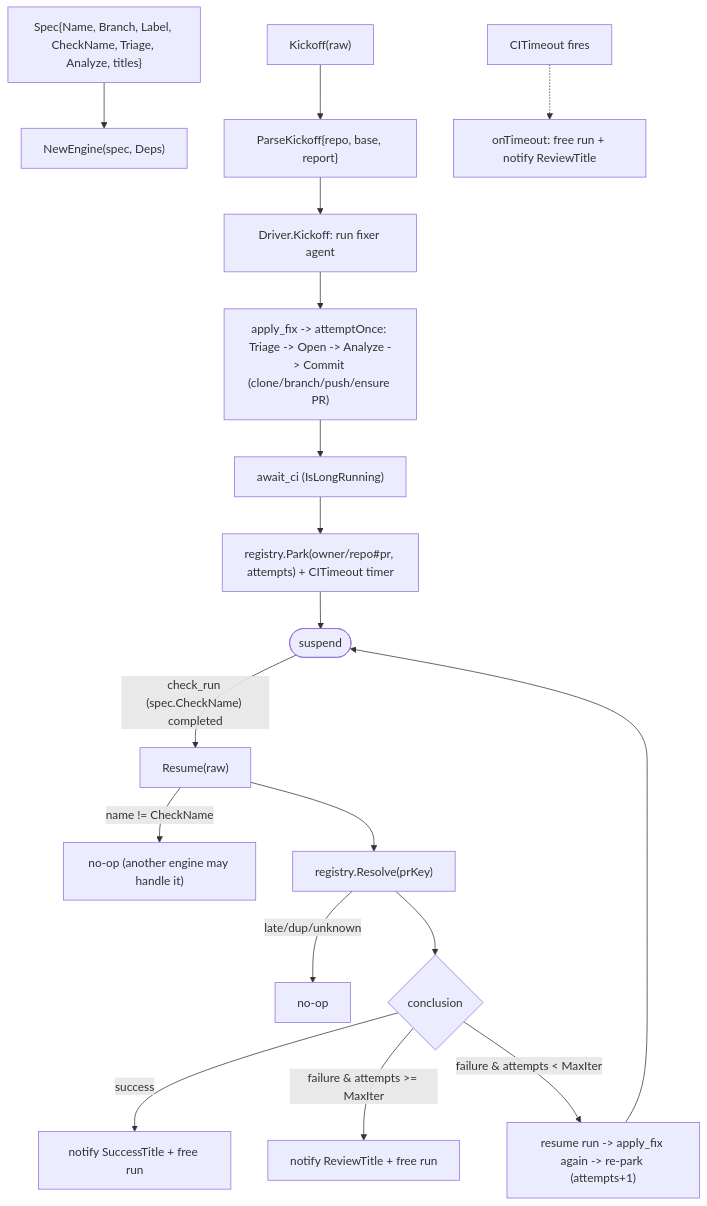
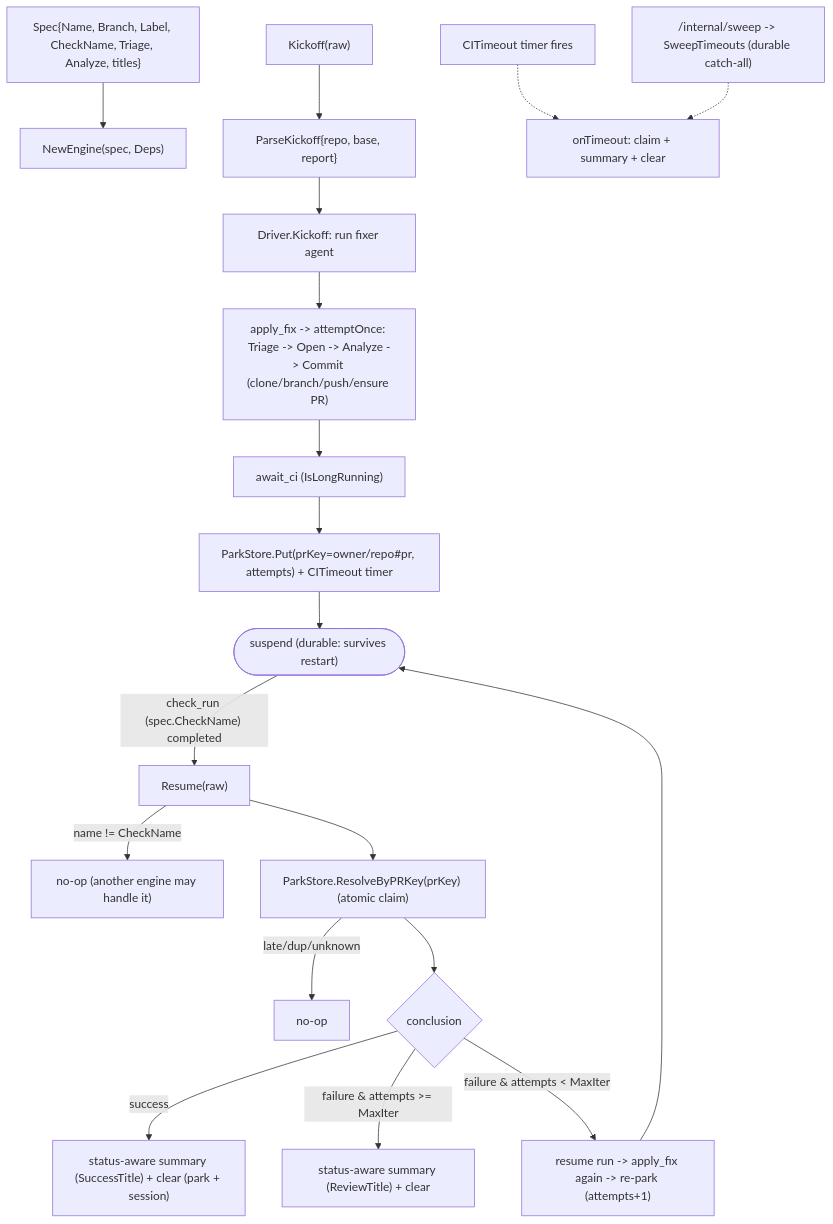
Before and after one commit to jkjamies/automation-agent: the diagram in go/internal/agent/fixflow/AGENTS.md, drawn with Mermaid. The commit also changed other lines of this file and 88 other files, not shown here.

````diff
--- a/go/internal/agent/fixflow/AGENTS.md
+++ b/go/internal/agent/fixflow/AGENTS.md
@@ -23,21 +31,22 @@
 ```mermaid
 flowchart TD
     Spec["Spec{Name, Branch, Label, CheckName, Triage, Analyze, titles}"] --> E["NewEngine(spec, Deps)"]
     K["Kickoff(raw)"] --> KP["ParseKickoff{repo, base, report}"]
     KP --> DK["Driver.Kickoff: run fixer agent"]
     DK --> AF["apply_fix -> attemptOnce: Triage -> Open -> Analyze -> Commit (clone/branch/push/ensure PR)"]
     AF --> AW["await_ci (IsLongRunning)"]
-    AW --> PK["registry.Park(owner/repo#pr, attempts) + CITimeout timer"]
-    PK --> SUS(["suspend"])
+    AW --> PK["ParkStore.Put(prKey=owner/repo#pr, attempts) + CITimeout timer"]
+    PK --> SUS(["suspend (durable: survives restart)"])
 
     SUS -->|"check_run (spec.CheckName) completed"| R["Resume(raw)"]
     R -->|"name != CheckName"| NO["no-op (another engine may handle it)"]
-    R --> RES["registry.Resolve(prKey)"]
+    R --> RES["ParkStore.ResolveByPRKey(prKey) (atomic claim)"]
     RES -->|"late/dup/unknown"| NO2["no-op"]
     RES --> C{conclusion}
-    C -->|success| OK["notify SuccessTitle + free run"]
-    C -->|failure & attempts >= MaxIter| HRV["notify ReviewTitle + free run"]
+    C -->|success| OK["status-aware summary (SuccessTitle) + clear (park + session)"]
+    C -->|failure & attempts >= MaxIter| HRV["status-aware summary (ReviewTitle) + clear"]
     C -->|failure & attempts < MaxIter| RT["resume run -> apply_fix again -> re-park (attempts+1)"]
     RT --> SUS
-    TO["CITimeout fires"] -.-> TON["onTimeout: free run + notify ReviewTitle"]
+    TO["CITimeout timer fires"] -.-> TON["onTimeout: claim + summary + clear"]
+    SW["/internal/sweep -> SweepTimeouts (durable catch-all)"] -.-> TON
 ```
````
